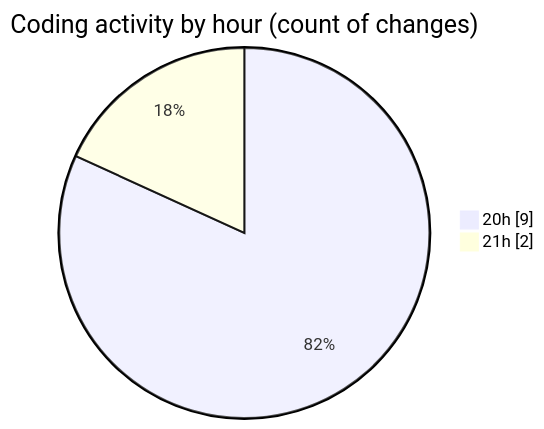
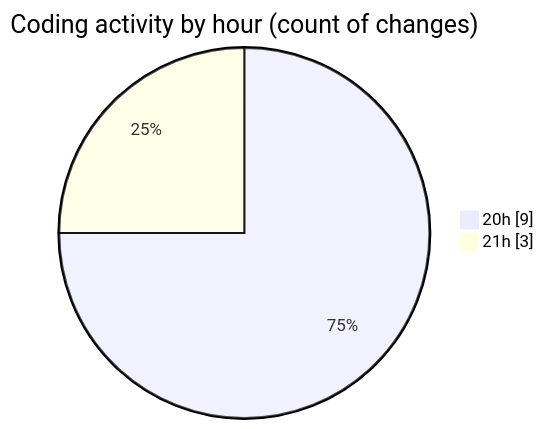
The second of 2 diagrams in 2025-05-21/filetransfer/README.md (Ritupan-Deka/code-tracking), drawn with Mermaid before and after one commit. The commit also changed other lines of this file and 1 other file, not shown here.

````diff
--- a/2025-05-21/filetransfer/README.md
+++ b/2025-05-21/filetransfer/README.md
@@ -30,6 +30,6 @@
 ```mermaid
 pie showData
 title Coding activity by hour (count of changes)
 "20h" : 9
-"21h" : 2
+"21h" : 3
 ```
````
